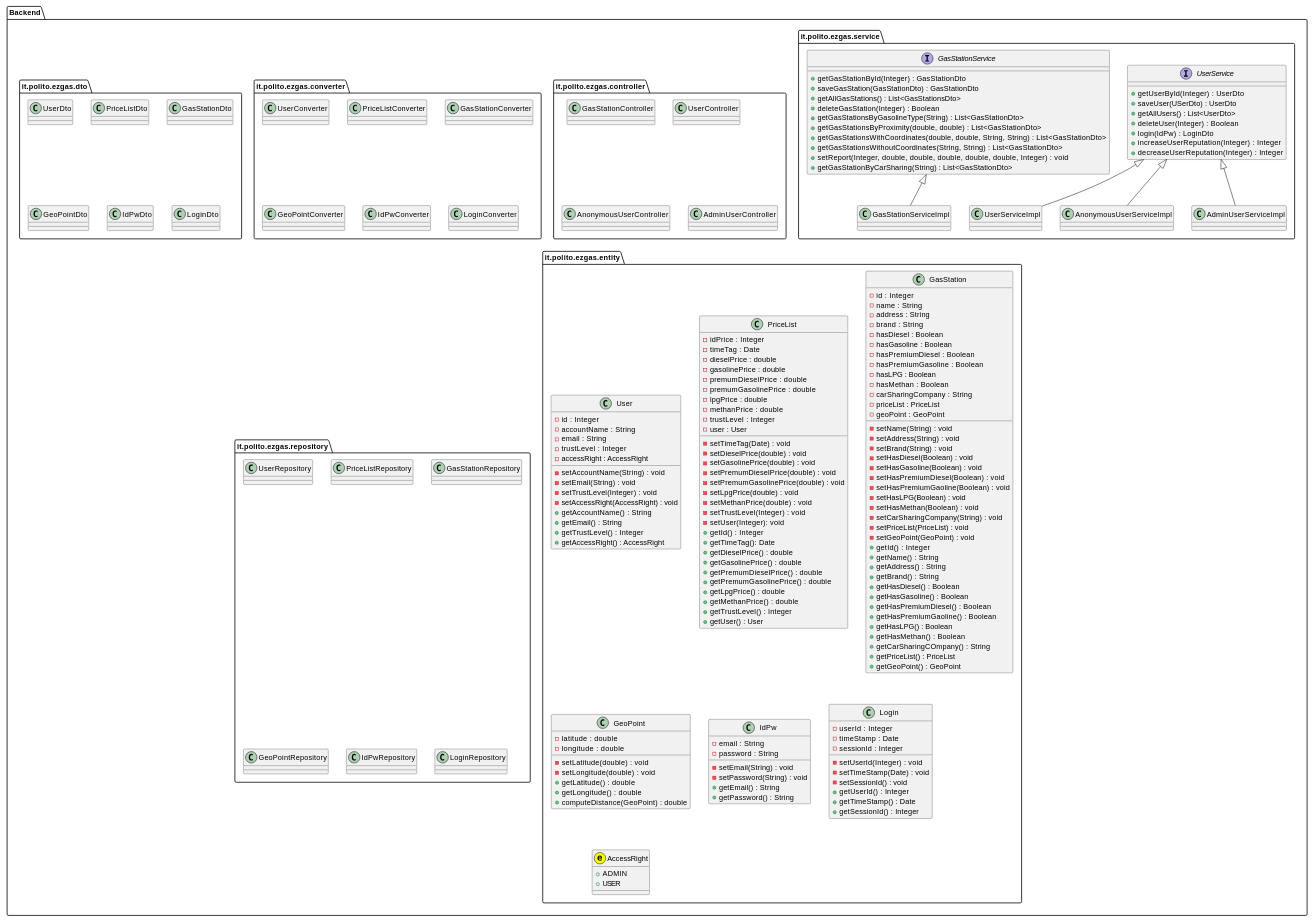
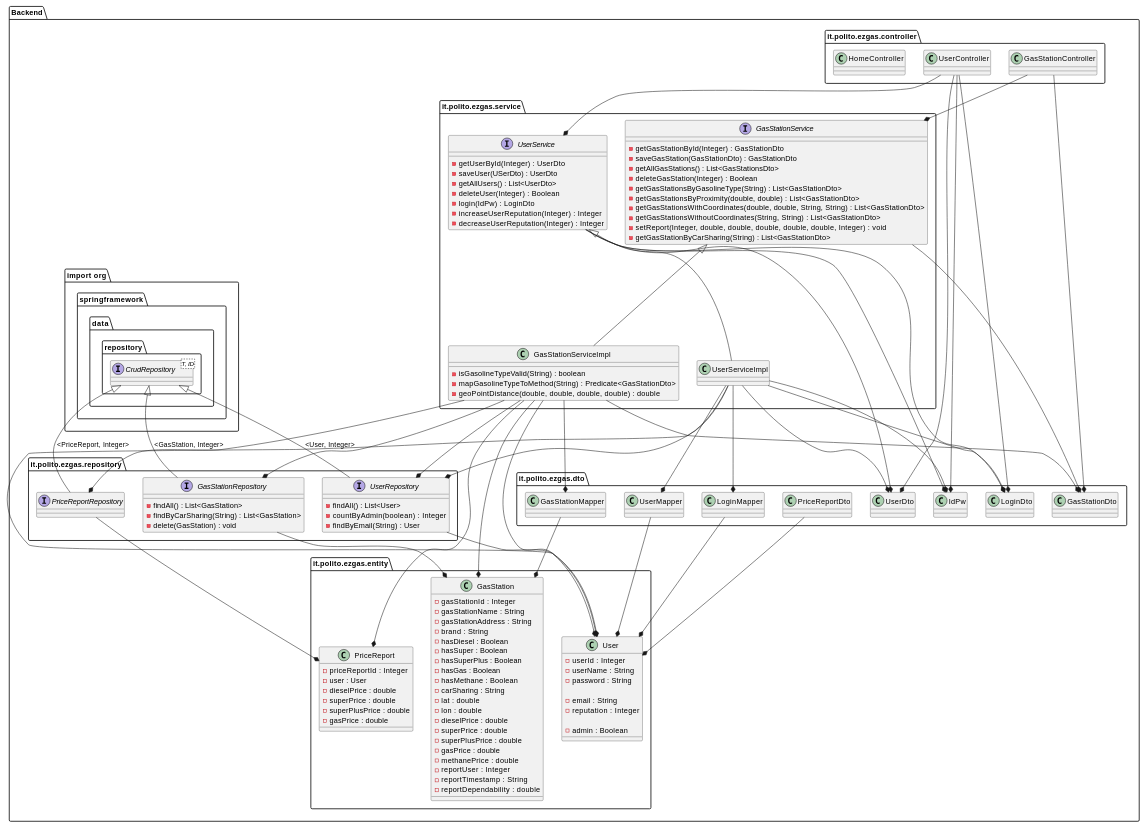
One commit to polito-se2-2020-team6/ezgas changed the fourth of 15 diagrams in docs/DesignDocument.md. Above: the diagram before and after it, drawn with PlantUML. The commit also changed other lines of this file and 1 other file, not shown here.

Commit message:
docs: update of low level design and traceability matrix
delete Save method in interface UserRepository

````diff
--- a/docs/DesignDocument.md
+++ b/docs/DesignDocument.md
@@ -232,211 +196,180 @@
-```plantuml
+``` plantuml
 @startuml
 scale 0.8
 package "Backend" {
 
 package "it.polito.ezgas.service" as service {
    interface "GasStationService" as gss {
-		+ getGasStationById(Integer) : GasStationDto
-		+ saveGasStation(GasStationDto) : GasStationDto
-		+ getAllGasStations() : List<GasStationsDto>
-		+ deleteGasStation(Integer) : Boolean
-		+ getGasStationsByGasolineType(String) : List<GasStationDto>
-		+ getGasStationsByProximity(double, double) : List<GasStationDto>
-		+ getGasStationsWithCoordinates(double, double, String, String) : List<GasStationDto>
-		+ getGasStationsWithoutCoordinates(String, String) : List<GasStationDto>
-		+ setReport(Integer, double, double, double, double, double, Integer) : void
-		+ getGasStationByCarSharing(String) : List<GasStationDto>
+
+    - getGasStationById(Integer) : GasStationDto
+    - saveGasStation(GasStationDto) : GasStationDto
+    - getAllGasStations() : List<GasStationsDto>
+    - deleteGasStation(Integer) : Boolean
+    - getGasStationsByGasolineType(String) : List<GasStationDto>
+    - getGasStationsByProximity(double, double) : List<GasStationDto>
+    - getGasStationsWithCoordinates(double, double, String, String) : List<GasStationDto>
+    - getGasStationsWithoutCoordinates(String, String) : List<GasStationDto>
+    - setReport(Integer, double, double, double, double, double, Integer) : void
+    - getGasStationByCarSharing(String) : List<GasStationDto>
+
    }
 
    interface "UserService" as us {
-		+ getUserById(Integer) : UserDto
-		+ saveUser(USerDto) : UserDto
-		+ getAllUsers() : List<UserDto>
-		+ deleteUser(Integer) : Boolean
-		+ login(IdPw) : LoginDto
-		+ increaseUserReputation(Integer) : Integer
-		+ decreaseUserReputation(Integer) : Integer
+
+    - getUserById(Integer) : UserDto
+    - saveUser(USerDto) : UserDto
+    - getAllUsers() : List<UserDto>
+    - deleteUser(Integer) : Boolean
+    - login(IdPw) : LoginDto
+    - increaseUserReputation(Integer) : Integer
+    - decreaseUserReputation(Integer) : Integer
+
    }
 
-   	class "GasStationServiceImpl" as gssi
+   	class "GasStationServiceImpl" as gssi {
+
+    - isGasolineTypeValid(String) : boolean
+    - mapGasolineTypeToMethod(String) : Predicate<GasStationDto>
+    - geoPointDistance(double, double, double, double) : double
+
+	   }
+
 	class "UserServiceImpl" as usi
-	class "AnonymousUserServiceImpl" as ausi
-	class "AdminUserServiceImpl" as asi
 
 	gssi -up-|> gss
 	usi -up-|> us
-	ausi -up-|> us
-	asi -up-|> us
 }
 
 package "it.polito.ezgas.controller" as controller {
-	class "GasStationController"
-	class "UserController"
-	class "AnonymousUserController"
-	class "AdminUserController"
-}
-
-package "it.polito.ezgas.converter" as converter {
-	class "UserConverter"
-	class "PriceListConverter"
-	class "GasStationConverter"
-	class "GeoPointConverter"
-	class "IdPwConverter"
-	class "LoginConverter"
+	class "GasStationController" as gscont
+	class "UserController" as ucont
+	class "HomeController" as hcont
 }
 
 package "it.polito.ezgas.dto" as dto {
-	class "UserDto"
-	class "PriceListDto"
-	class "GasStationDto"
-	class "GeoPointDto"
-	class "IdPwDto"
-	class "LoginDto"
+	class "UserDto" as udto
+	class "UserMapper" as um
+	class "PriceReportDto" as prdto
+	class "GasStationDto" as gsdto
+	class "GasStationMapper" as gsm
+	class "IdPw" as idpw
+	class "LoginDto" as ldto
+	class "LoginMapper" as lm
 }
 
 package "it.polito.ezgas.entity" as entity {
 	class "User" as u {
-		- id : Integer
-		- accountName : String
+
+    - userId : Integer
+    - userName : String
+    - password : String
+
  		- email : String
- 		- trustLevel : Integer
-		- accessRight : AccessRight
-		- setAccountName(String) : void
-		- setEmail(String) : void
-		- setTrustLevel(Integer) : void
-		- setAccessRight(AccessRight) : void
-		+ getAccountName() : String
-		+ getEmail() : String
-		+ getTrustLevel() : Integer
-		+ getAccessRight() : AccessRight
+ 		- reputation : Integer
+
+    - admin : Boolean
+
 	}
 
-	class "PriceList" as pl {
-		- idPrice : Integer
-		- timeTag : Date
-		- dieselPrice : double
-		- gasolinePrice : double
-		- premumDieselPrice : double
-		- premumGasolinePrice : double
-		- lpgPrice : double
-		- methanPrice : double 
-		- trustLevel : Integer
-		- user : User
+	class "PriceReport" as pr {
 
-		- setTimeTag(Date) : void
-		- setDieselPrice(double) : void
-		- setGasolinePrice(double) : void
-		- setPremumDieselPrice(double) : void
-		- setPremumGasolinePrice(double) : void
-		- setLpgPrice(double) : void
-		- setMethanPrice(double) : void
-		- setTrustLevel(Integer) : void
-		- setUser(Integer): void
-		+ getId() : Integer
-		+ getTimeTag(): Date 
-		+ getDieselPrice() : double
-		+ getGasolinePrice() : double
-		+ getPremumDieselPrice() : double
-		+ getPremumGasolinePrice() : double
-		+ getLpgPrice() : double
-		+ getMethanPrice() : double
-		+ getTrustLevel() : Integer
-		+ getUser() : User
+    - priceReportId : Integer
+    - user : User
+    - dieselPrice : double
+    - superPrice : double
+    - superPlusPrice : double
+    - gasPrice : double
+
 	}
 
 	class "GasStation" as gs {
-		- id : Integer
-		- name : String
-		- address : String
-		- brand : String
-		- hasDiesel : Boolean
-		- hasGasoline : Boolean
-		- hasPremiumDiesel : Boolean
-		- hasPremiumGasoline : Boolean
-		- hasLPG : Boolean
-		- hasMethan : Boolean
-		- carSharingCompany : String
-		- priceList : PriceList
-		- geoPoint : GeoPoint
 
-		- setName(String) : void
-		- setAddress(String) : void
-		- setBrand(String) : void
-		- setHasDiesel(Boolean) : void
-		- setHasGasoline(Boolean) : void
-		- setHasPremiumDiesel(Boolean) : void
-		- setHasPremiumGaoline(Boolean) : void
-		- setHasLPG(Boolean) : void
-		- setHasMethan(Boolean) : void
-		- setCarSharingCompany(String) : void
-		- setPriceList(PriceList) : void
-		- setGeoPoint(GeoPoint) : void
-		+ getId() : Integer
-		+ getName() : String
-		+ getAddress() : String
-		+ getBrand() : String
-		+ getHasDiesel() : Boolean
-		+ getHasGasoline() : Boolean
-		+ getHasPremiumDiesel() : Boolean
-		+ getHasPremiumGaoline() : Boolean
-		+ getHasLPG() : Boolean
-		+ getHasMethan() : Boolean
-		+ getCarSharingCOmpany() : String
-		+ getPriceList() : PriceList
-		+ getGeoPoint() : GeoPoint
+    - gasStationId : Integer
+    - gasStationName : String
+    - gasStationAddress : String
+    - brand : String
+    - hasDiesel : Boolean
+    - hasSuper : Boolean
+    - hasSuperPlus : Boolean
+    - hasGas : Boolean
+    - hasMethane : Boolean
+    - carSharing : String
+    - lat : double
+    - lon : double
+    - dieselPrice : double
+    - superPrice : double
+    - superPlusPrice : double
+    - gasPrice : double
+    - methanePrice : double
+    - reportUser : Integer
+    - reportTimestamp : String
+    - reportDependability : double
+
 	}
 
-	class "GeoPoint" as gp {
-		- latitude : double
-		- longitude : double
-
-		- setLatitude(double) : void
-		- setLongitude(double) : void
-		+ getLatitude() : double
-		+ getLongitude() : double
-		+ computeDistance(GeoPoint) : double
-	}
-
-	class "IdPw" as ip {
-		- email : String
-		- password : String
-
-		- setEmail(String) : void
-		- setPassword(String) : void
-		+ getEmail() : String
-		+ getPassword() : String
-	}
-
-	class "Login" as l {
-		- userId : Integer
-		- timeStamp : Date
-		- sessionId : Integer
-
-		- setUserId(Integer) : void
-		- setTimeStamp(Date) : void
-		- setSessionId() : void
-		+ getUserId() : Integer
-		+ getTimeStamp() : Date
-		+ getSessionId() : Integer
-	}
-
-	class "AccessRight" << (e,yellow) >>{
-		+ ADMIN
-		+ USER
-	}
 }
 
 package "it.polito.ezgas.repository" as repository {
-	class "UserRepository"
-	class "PriceListRepository"
-	class "GasStationRepository"
-	class "GeoPointRepository"
-	class "IdPwRepository"
-	class "LoginRepository"
-}
+	interface "UserRepository" as urep {
+
+    - findAll() : List<User>
+    - countByAdmin(boolean) : Integer
+    - findByEmail(String) : User
+
+	}
+	interface "PriceReportRepository" as prrep
+	interface "GasStationRepository" as gsrep{
+
+    - findAll() : List<GasStation>
+    - findByCarSharing(String) : List<GasStation>
+    - delete(GasStation) : void 
+
+	}
+
 }
 
+package "import org.springframework.data.repository" {
+	interface "CrudRepository <T, ID>" as crud 
+}
 
+urep -up-|> crud : "<User, Integer>"
+prrep -up-|> crud : "<PriceReport, Integer>"
+gsrep -up-|> crud : "<GasStation, Integer>"
+
+gss --* gsdto
+us --* idpw
+us --* ldto
+us --* udto
+gssi --* gsdto
+gssi --* gsm
+gssi --* gs
+gssi --* pr
+gssi --* u
+gssi --* gsrep
+gssi --* prrep
+gssi --* urep
+usi --* idpw
+usi --* ldto
+usi --* udto
+usi --* um
+usi --* lm
+usi --* urep
+usi --* u
+gscont --* gsdto
+gscont --* gss
+ucont --* idpw
+ucont --* ldto
+ucont --* udto
+ucont --* us
+gsm --* gs
+lm --* u
+prdto --* u
+um --* u
+gsrep --* gs
+prrep --* pr
+urep --* u
+
+}
 
 @enduml
 ```
````
